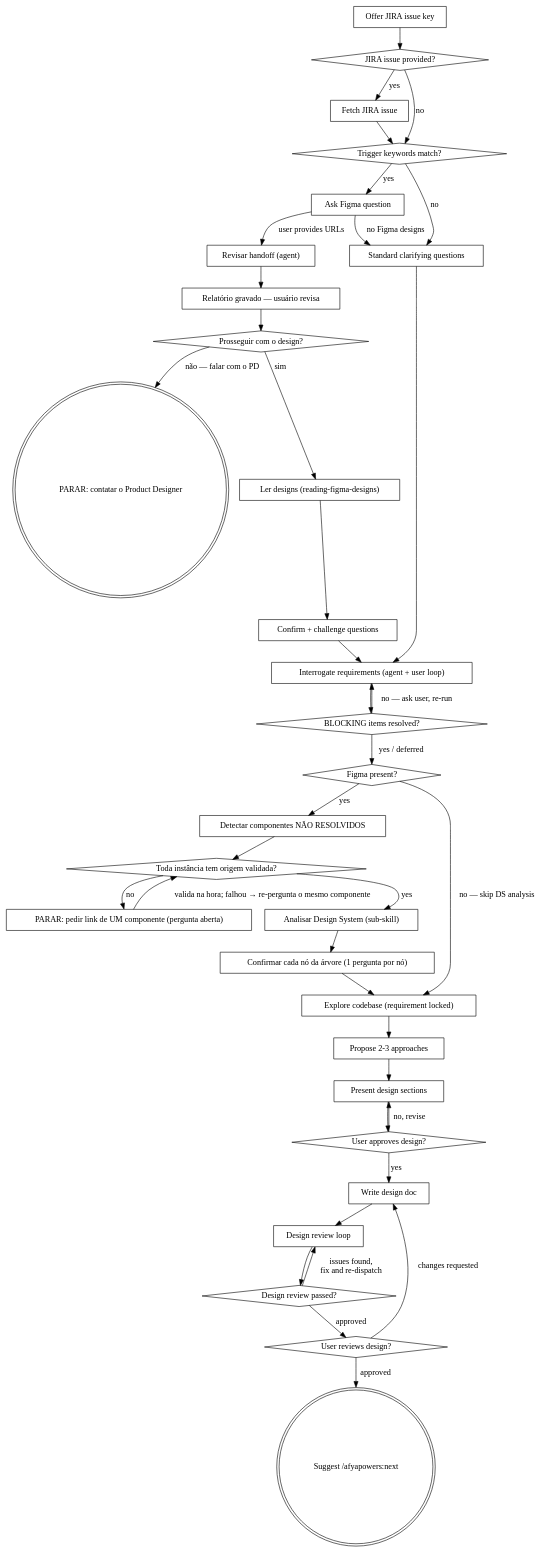
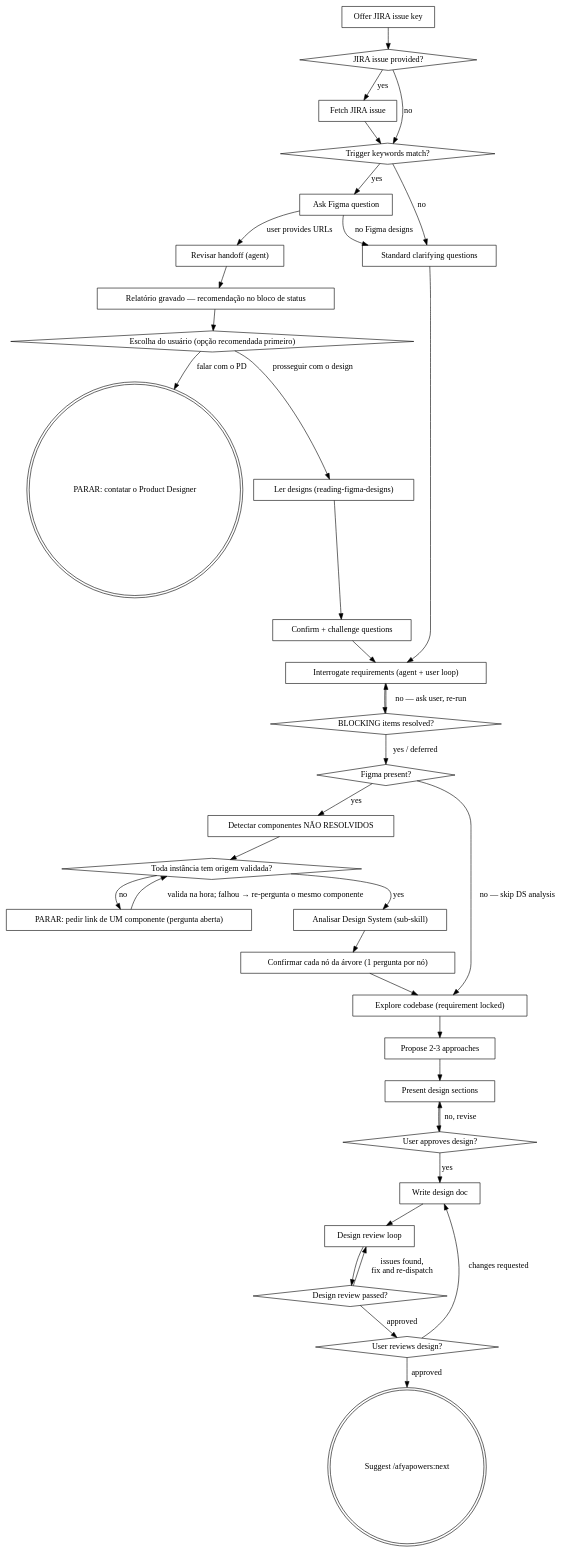
One commit to iclinic/afyapowers changed the diagram in dist/claude/skills/design/SKILL.md. Above: the diagram before and after it, drawn with Graphviz. The commit also changed other lines of this file and 18 other files, not shown here.

````diff
--- a/dist/claude/skills/design/SKILL.md
+++ b/dist/claude/skills/design/SKILL.md
@@ -62,71 +62,71 @@
 ```dot
 digraph design {
     "Offer JIRA issue key" [shape=box];
     "JIRA issue provided?" [shape=diamond];
     "Fetch JIRA issue" [shape=box];
     "Trigger keywords match?" [shape=diamond];
     "Ask Figma question" [shape=box];
     "Revisar handoff (agent)" [shape=box];
-    "Relatório gravado — usuário revisa" [shape=box];
-    "Prosseguir com o design?" [shape=diamond];
+    "Relatório gravado — recomendação no bloco de status" [shape=box];
+    "Escolha do usuário (opção recomendada primeiro)" [shape=diamond];
     "PARAR: contatar o Product Designer" [shape=doublecircle];
     "Ler designs (reading-figma-designs)" [shape=box];
     "Confirm + challenge questions" [shape=box];
     "Standard clarifying questions" [shape=box];
     "Interrogate requirements (agent + user loop)" [shape=box];
     "BLOCKING items resolved?" [shape=diamond];
     "Figma present?" [shape=diamond];
     "Detectar componentes NÃO RESOLVIDOS" [shape=box];
     "Toda instância tem origem validada?" [shape=diamond];
     "PARAR: pedir link de UM componente (pergunta aberta)" [shape=box];
     "Analisar Design System (sub-skill)" [shape=box];
     "Confirmar cada nó da árvore (1 pergunta por nó)" [shape=box];
     "Explore codebase (requirement locked)" [shape=box];
     "Propose 2-3 approaches" [shape=box];
     "Present design sections" [shape=box];
     "User approves design?" [shape=diamond];
     "Write design doc" [shape=box];
     "Design review loop" [shape=box];
     "Design review passed?" [shape=diamond];
     "User reviews design?" [shape=diamond];
     "Suggest /afyapowers:next" [shape=doublecircle];
 
     "Offer JIRA issue key" -> "JIRA issue provided?";
     "JIRA issue provided?" -> "Fetch JIRA issue" [label="yes"];
     "JIRA issue provided?" -> "Trigger keywords match?" [label="no"];
     "Fetch JIRA issue" -> "Trigger keywords match?";
     "Trigger keywords match?" -> "Ask Figma question" [label="yes"];
     "Trigger keywords match?" -> "Standard clarifying questions" [label="no"];
     "Ask Figma question" -> "Revisar handoff (agent)" [label="user provides URLs"];
     "Ask Figma question" -> "Standard clarifying questions" [label="no Figma designs"];
-    "Revisar handoff (agent)" -> "Relatório gravado — usuário revisa";
-    "Relatório gravado — usuário revisa" -> "Prosseguir com o design?";
-    "Prosseguir com o design?" -> "PARAR: contatar o Product Designer" [label="não — falar com o PD"];
-    "Prosseguir com o design?" -> "Ler designs (reading-figma-designs)" [label="sim"];
+    "Revisar handoff (agent)" -> "Relatório gravado — recomendação no bloco de status";
+    "Relatório gravado — recomendação no bloco de status" -> "Escolha do usuário (opção recomendada primeiro)";
+    "Escolha do usuário (opção recomendada primeiro)" -> "PARAR: contatar o Product Designer" [label="falar com o PD"];
+    "Escolha do usuário (opção recomendada primeiro)" -> "Ler designs (reading-figma-designs)" [label="prosseguir com o design"];
     "Ler designs (reading-figma-designs)" -> "Confirm + challenge questions";
     "Confirm + challenge questions" -> "Interrogate requirements (agent + user loop)";
     "Standard clarifying questions" -> "Interrogate requirements (agent + user loop)";
     "Interrogate requirements (agent + user loop)" -> "BLOCKING items resolved?";
     "BLOCKING items resolved?" -> "Interrogate requirements (agent + user loop)" [label="no — ask user, re-run"];
     "BLOCKING items resolved?" -> "Figma present?" [label="yes / deferred"];
     "Figma present?" -> "Detectar componentes NÃO RESOLVIDOS" [label="yes"];
     "Figma present?" -> "Explore codebase (requirement locked)" [label="no — skip DS analysis"];
     "Detectar componentes NÃO RESOLVIDOS" -> "Toda instância tem origem validada?";
     "Toda instância tem origem validada?" -> "PARAR: pedir link de UM componente (pergunta aberta)" [label="no"];
     "PARAR: pedir link de UM componente (pergunta aberta)" -> "Toda instância tem origem validada?" [label="valida na hora; falhou → re-pergunta o mesmo componente"];
     "Toda instância tem origem validada?" -> "Analisar Design System (sub-skill)" [label="yes"];
     "Analisar Design System (sub-skill)" -> "Confirmar cada nó da árvore (1 pergunta por nó)";
     "Confirmar cada nó da árvore (1 pergunta por nó)" -> "Explore codebase (requirement locked)";
     "Explore codebase (requirement locked)" -> "Propose 2-3 approaches";
     "Propose 2-3 approaches" -> "Present design sections";
     "Present design sections" -> "User approves design?";
     "User approves design?" -> "Present design sections" [label="no, revise"];
     "User approves design?" -> "Write design doc" [label="yes"];
     "Write design doc" -> "Design review loop";
     "Design review loop" -> "Design review passed?";
     "Design review passed?" -> "Design review loop" [label="issues found,\nfix and re-dispatch"];
     "Design review passed?" -> "User reviews design?" [label="approved"];
     "User reviews design?" -> "Write design doc" [label="changes requested"];
     "User reviews design?" -> "Suggest /afyapowers:next" [label="approved"];
 }
 ```
````
